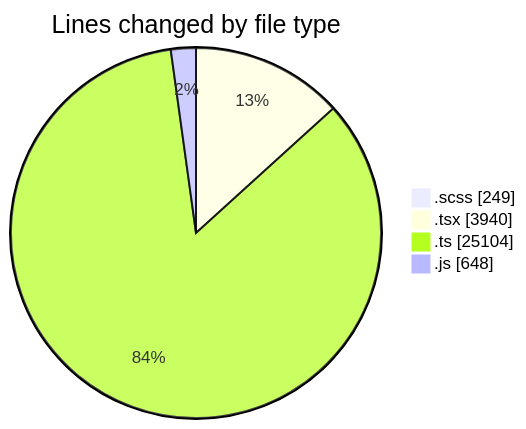
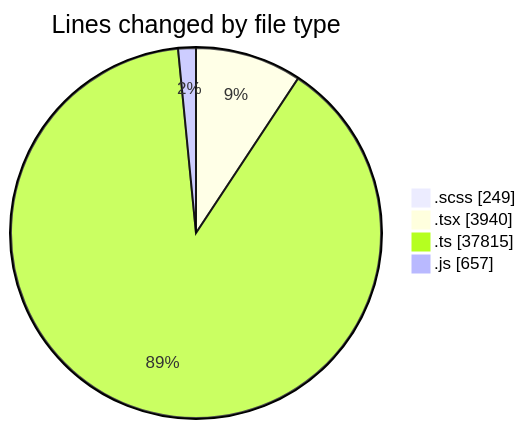
One commit to momahboobian/code-tracking changed the first of 2 diagrams in 2025-09-26/cda/README.md. Above: the diagram before and after it, drawn with Mermaid. The commit also changed other lines of this file and 1 other file, not shown here.

````diff
--- a/2025-09-26/cda/README.md
+++ b/2025-09-26/cda/README.md
@@ -33,8 +34,8 @@
 ```mermaid
 pie showData
 title Lines changed by file type
 ".scss" : 249
 ".tsx" : 3940
-".ts" : 25104
-".js" : 648
+".ts" : 37815
+".js" : 657
 ```
````
